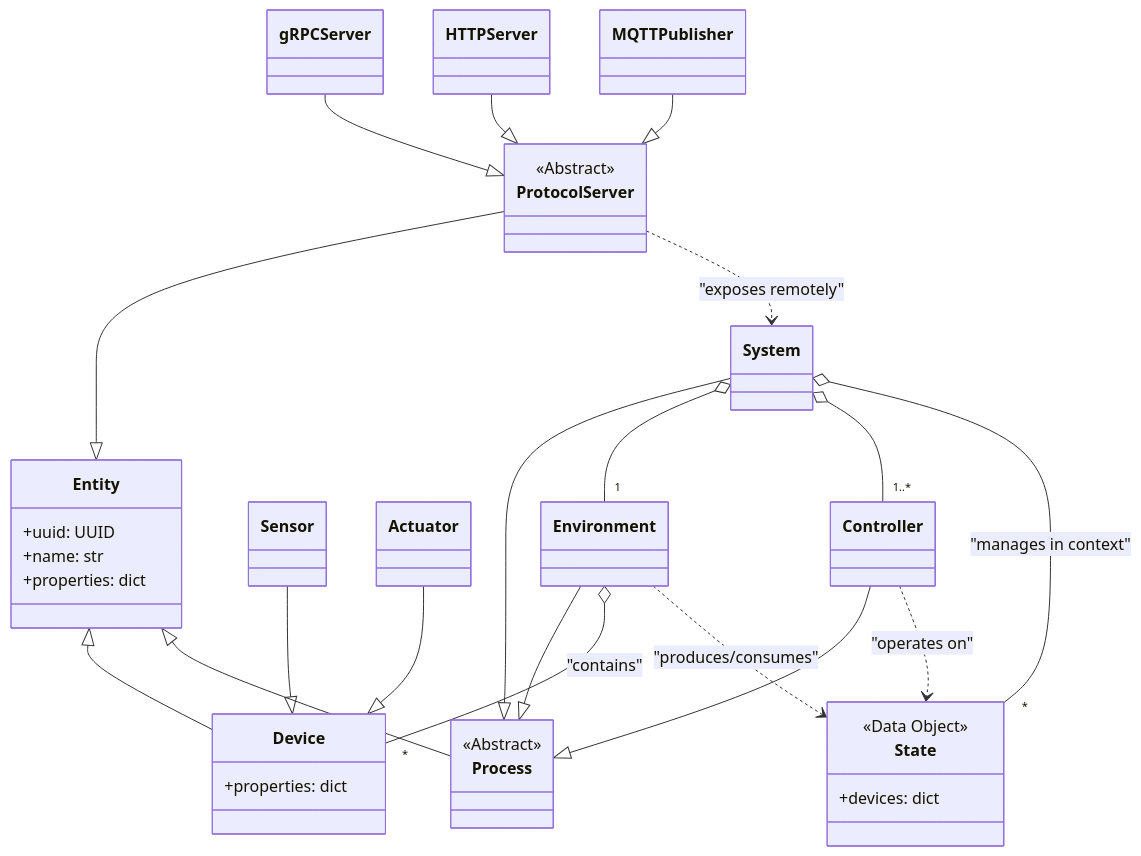
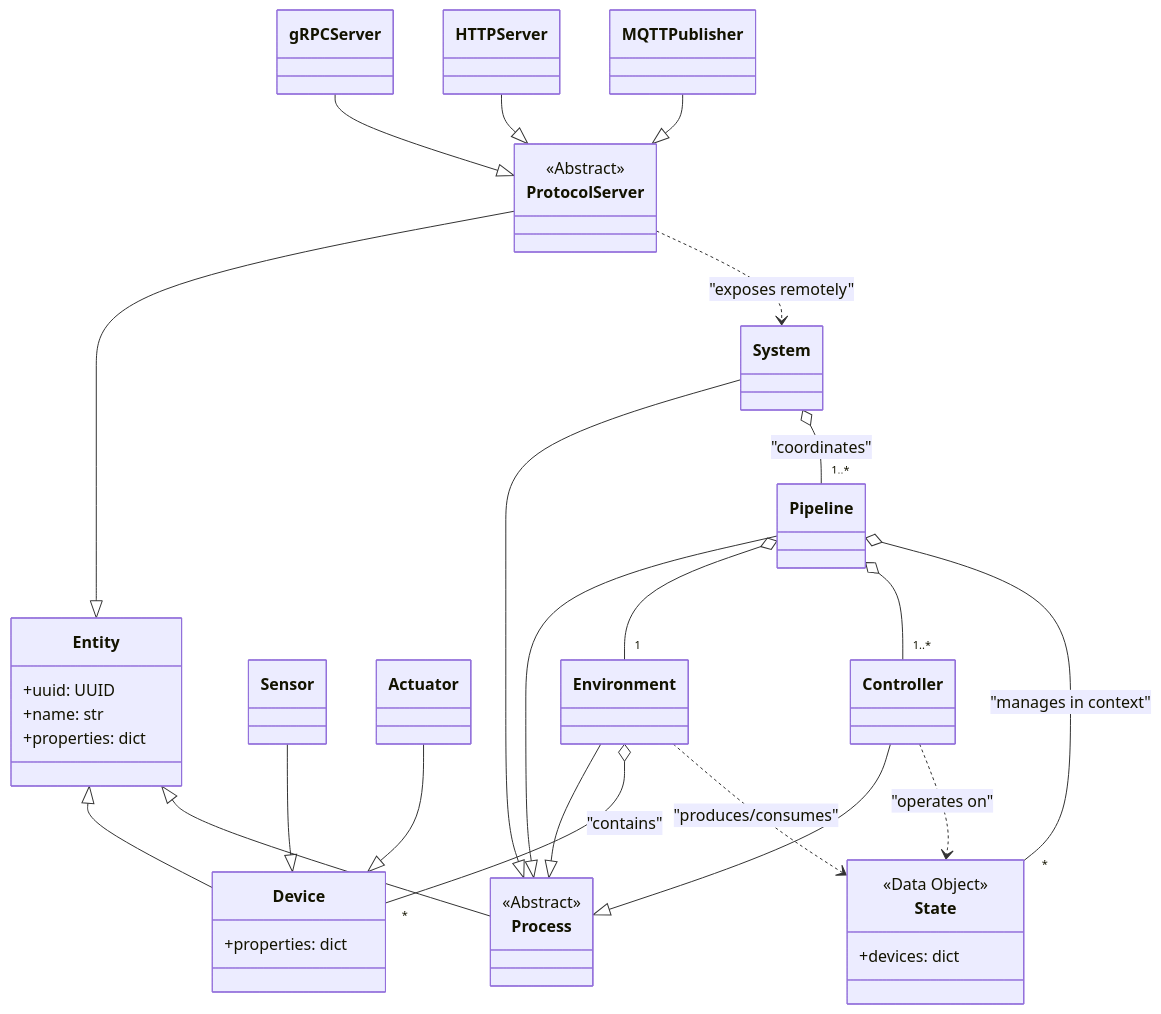
One commit to johnwbyrd/aifand changed the second of 2 diagrams in doc/architecture.md. Above: the diagram before and after it, drawn with Mermaid. The commit also changed other lines of this file, not shown here.

Commit message:
Clean up Claude's mess and restructure architecture.md again

````diff
--- a/doc/architecture.md
+++ b/doc/architecture.md
@@ -203,49 +153,52 @@
 ```mermaid
 classDiagram
     class Entity {
         +uuid: UUID
         +name: str
         +properties: dict
     }
     class Device {
         +properties: dict
     }
     class Sensor
     class Actuator
     class State {
         <<Data Object>>
         +devices: dict
     }
     class Process {
         <<Abstract>>
     }
     class Controller
     class Environment
+    class Pipeline
     class System
     class ProtocolServer {
         <<Abstract>>
     }
     class gRPCServer
     class HTTPServer
     class MQTTPublisher
 
     Entity <|-- Device
     Entity <|-- Process
     Sensor --|> Device
     Actuator --|> Device
     Controller --|> Process
     Environment --|> Process
+    Pipeline --|> Process
     System --|> Process
     ProtocolServer --|> Entity
     gRPCServer --|> ProtocolServer
     HTTPServer --|> ProtocolServer
     MQTTPublisher --|> ProtocolServer
 
-    System o-- "1" Environment
-    System o-- "1..*" Controller
-    System o-- "*" State : "manages in context"
+    Pipeline o-- "1" Environment
+    Pipeline o-- "1..*" Controller
+    Pipeline o-- "*" State : "manages in context"
+    System o-- "1..*" Pipeline : "coordinates"
     Environment o-- "*" Device : "contains"
     Controller ..> State : "operates on"
     Environment ..> State : "produces/consumes"
     ProtocolServer ..> System : "exposes remotely"
 ```
````
